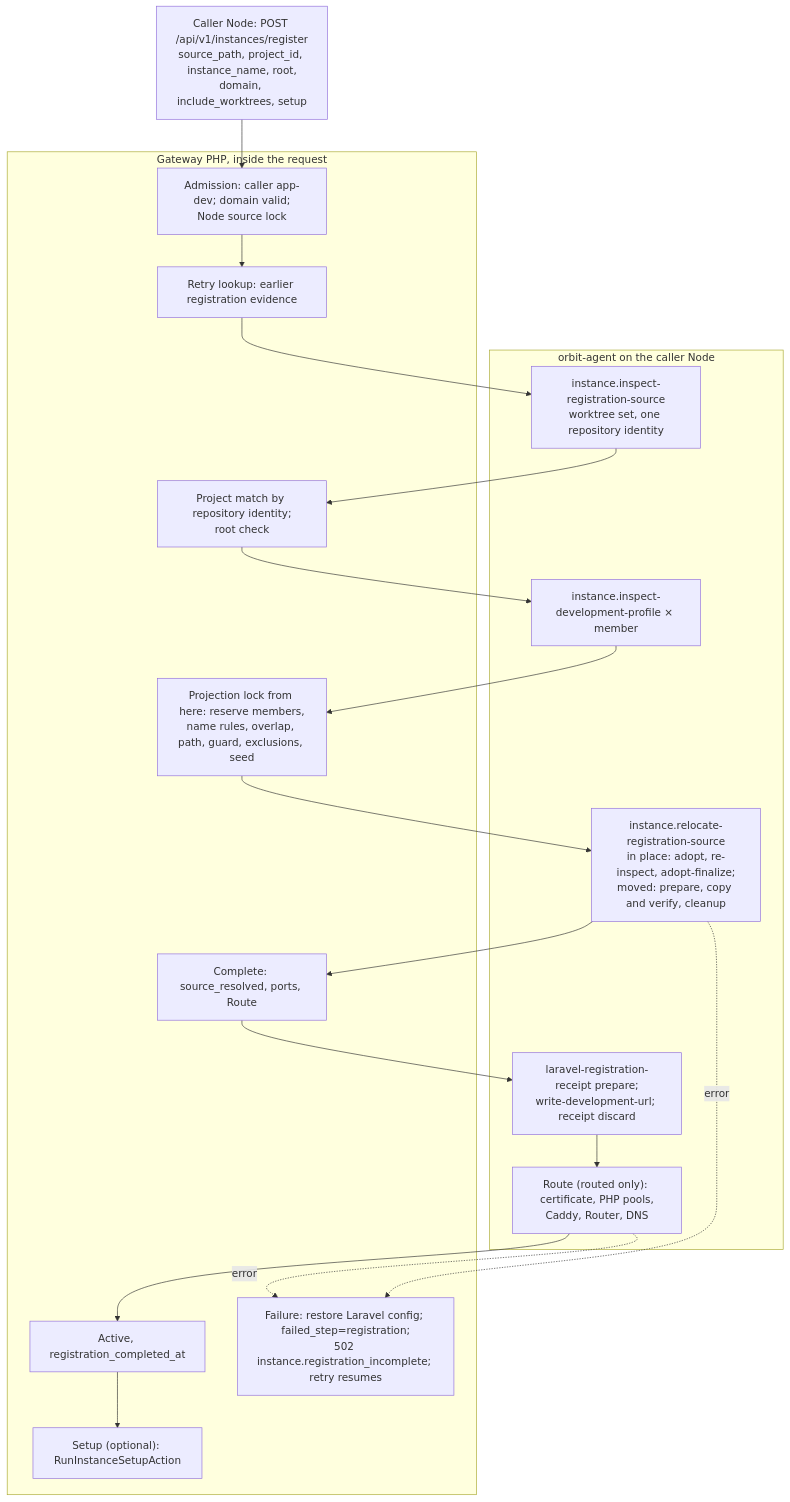
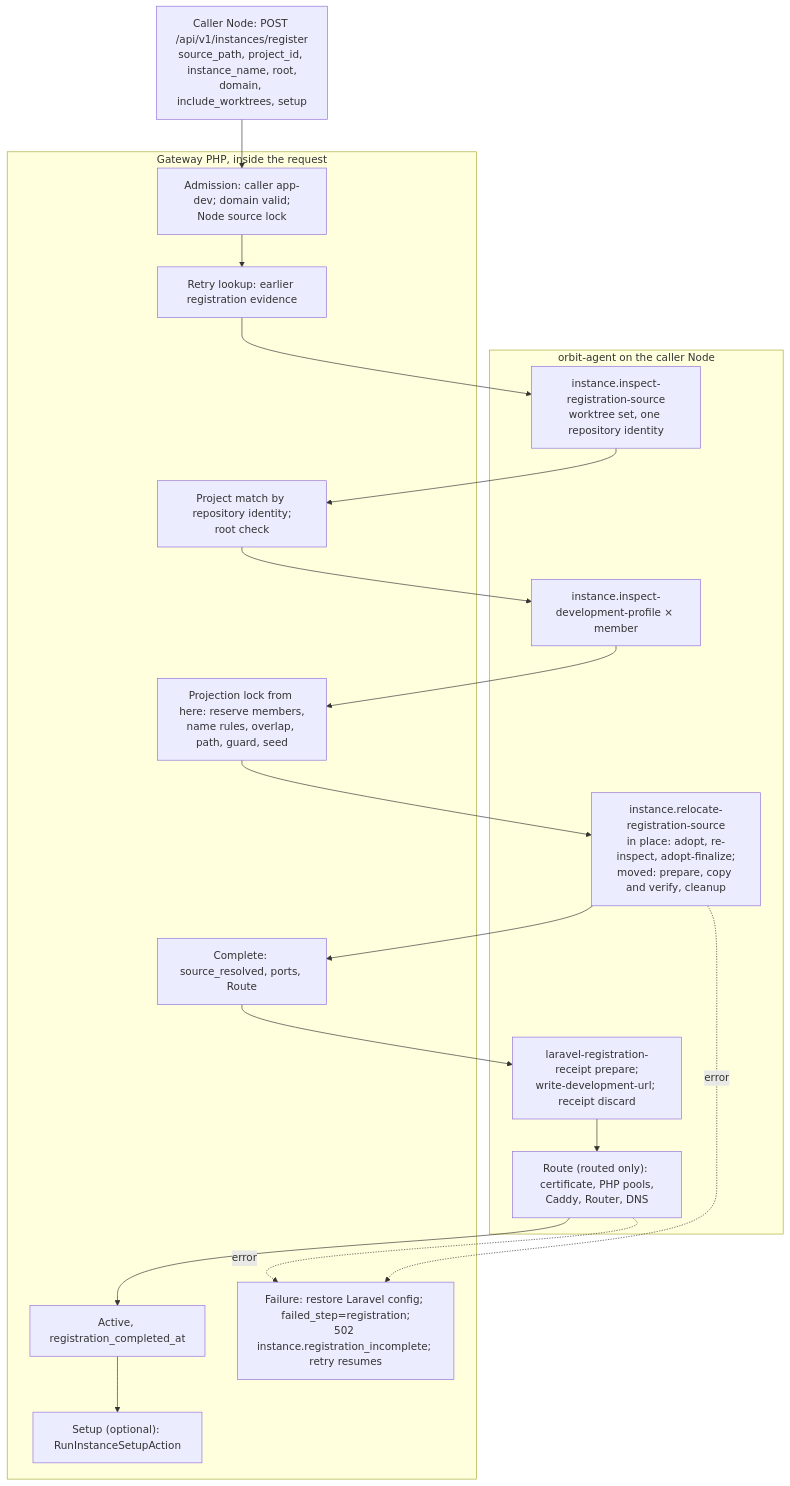
One commit to hardimpactdev/orbit changed the first of 2 diagrams in docs/swamp/diagrams/instance-register.md. Above: the diagram before and after it, drawn with Mermaid. The commit also changed other lines of this file and 87 other files, not shown here.

````diff
--- a/docs/swamp/diagrams/instance-register.md
+++ b/docs/swamp/diagrams/instance-register.md
@@ -23,27 +23,27 @@
 ```mermaid
 flowchart TD
   C["Caller Node: POST /api/v1/instances/register<br/>source_path, project_id, instance_name, root,<br/>domain, include_worktrees, setup"] --> A1
 
   subgraph GW["Gateway PHP, inside the request"]
     A1["Admission: caller app-dev; domain valid;<br/>Node source lock"]
     A2["Retry lookup: earlier registration evidence"]
     A3["Project match by repository identity;<br/>root check"]
-    A4["Projection lock from here: reserve members,<br/>name rules, overlap, path, guard, exclusions, seed"]
+    A4["Projection lock from here: reserve members,<br/>name rules, overlap, path, guard, seed"]
     A5["Complete: source_resolved, ports, Route"]
     A6["Active, registration_completed_at"]
     A7["Setup (optional): RunInstanceSetupAction"]
     R["Failure: restore Laravel config; failed_step=registration;<br/>502 instance.registration_incomplete; retry resumes"]
   end
 
   subgraph AG["orbit-agent on the caller Node"]
     N1["instance.inspect-registration-source<br/>worktree set, one repository identity"]
     N2["instance.inspect-development-profile × member"]
     N3["instance.relocate-registration-source<br/>in place: adopt, re-inspect, adopt-finalize;<br/>moved: prepare, copy and verify, cleanup"]
     N4["laravel-registration-receipt prepare;<br/>write-development-url; receipt discard"]
     N5["Route (routed only): certificate, PHP pools,<br/>Caddy, Router, DNS"]
   end
 
   A1 --> A2 --> N1 --> A3 --> N2 --> A4 --> N3 --> A5 --> N4 --> N5 --> A6 --> A7
   N3 -. error .-> R
   N5 -. error .-> R
 ```
````
